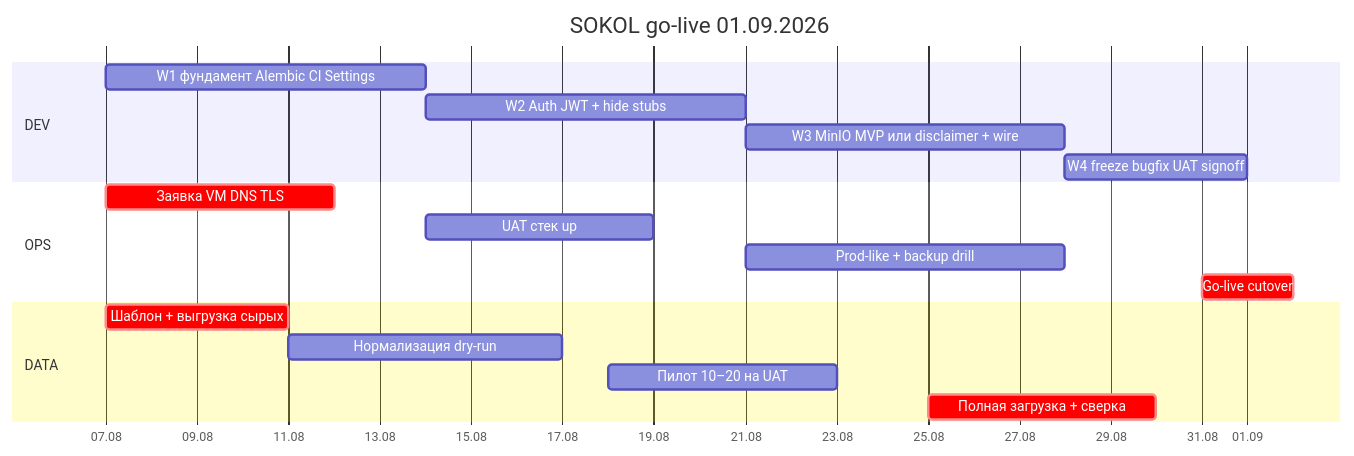
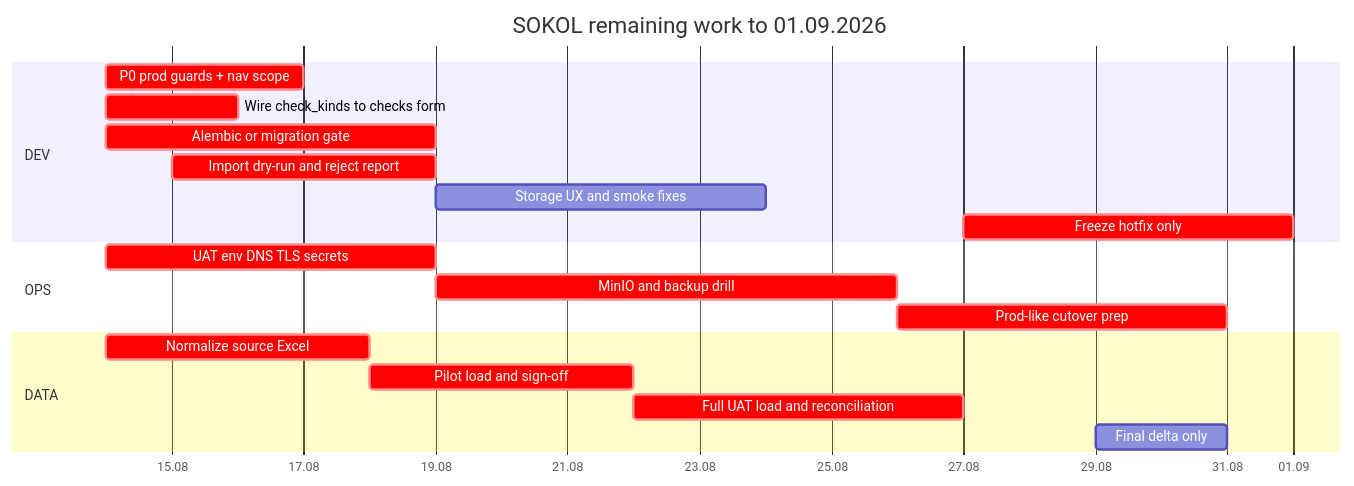
Before and after one commit to sweetd0vee/sokol: the diagram in PLAN.md, drawn with Mermaid. The commit also changed other lines of this file and 13 other files, not shown here.

````diff
--- a/PLAN.md
+++ b/PLAN.md
@@ -63,24 +70,25 @@
 ```mermaid
 gantt
-  title SOKOL go-live 01.09.2026
+  title SOKOL remaining work to 01.09.2026
   dateFormat YYYY-MM-DD
   axisFormat %d.%m
 
   section DEV
-  W1 фундамент Alembic CI Settings     :d1, 2026-08-07, 7d
-  W2 Auth JWT + hide stubs             :d2, 2026-08-14, 7d
-  W3 MinIO MVP или disclaimer + wire   :d3, 2026-08-21, 7d
-  W4 freeze bugfix UAT signoff        :d4, 2026-08-28, 4d
+  P0 prod guards + nav scope         :crit, dev1, 2026-08-14, 3d
+  Wire check_kinds to checks form    :crit, dev0, 2026-08-14, 2d
+  Alembic or migration gate          :crit, dev2, 2026-08-14, 5d
+  Import dry-run and reject report   :crit, dev3, 2026-08-15, 4d
+  Storage UX and smoke fixes         :dev4, 2026-08-19, 5d
+  Freeze hotfix only                 :crit, dev5, 2026-08-27, 5d
 
   section OPS
-  Заявка VM DNS TLS                    :crit, o1, 2026-08-07, 5d
-  UAT стек up                          :o2, 2026-08-14, 5d
-  Prod-like + backup drill             :o3, 2026-08-21, 7d
-  Go-live cutover                      :crit, o4, 2026-08-31, 2d
+  UAT env DNS TLS secrets            :crit, ops1, 2026-08-14, 5d
+  MinIO and backup drill             :crit, ops2, 2026-08-19, 7d
+  Prod-like cutover prep             :crit, ops3, 2026-08-26, 5d
 
   section DATA
-  Шаблон + выгрузка сырых              :crit, a1, 2026-08-07, 4d
-  Нормализация dry-run                 :a2, 2026-08-11, 6d
-  Пилот 10–20 на UAT                   :a3, 2026-08-18, 5d
-  Полная загрузка + сверка             :crit, a4, 2026-08-25, 5d
+  Normalize source Excel             :crit, data1, 2026-08-14, 4d
+  Pilot load and sign-off            :crit, data2, 2026-08-18, 4d
+  Full UAT load and reconciliation   :crit, data3, 2026-08-22, 5d
+  Final delta only                   :data4, 2026-08-29, 2d
 ```
````
